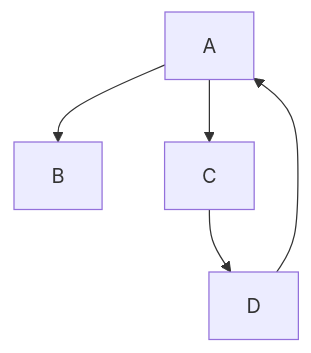
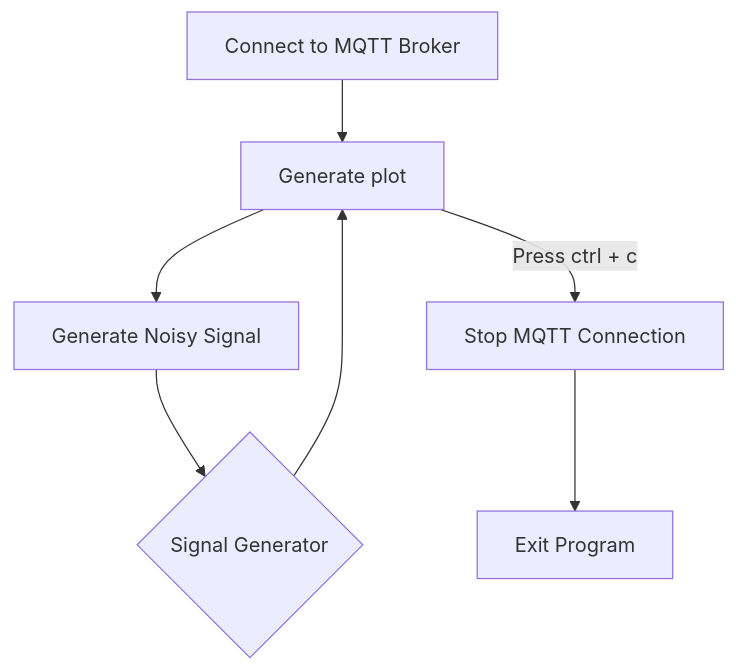
One commit to thovinak/Health-Monitor---Full-Stack-Django changed the diagram in README.md. Above: the diagram before and after it, drawn with Mermaid. The commit also changed other lines of this file and 4 other files, not shown here.

````diff
--- a/README.md
+++ b/README.md
@@ -28,7 +52,10 @@
 ```mermaid
-graph TD;
-  A-->B;
-  A-->C;
-  C-->D;
-  D-->A;
+graph TD
+
+A[Connect to MQTT Broker] --> B[Start For Loop]
+B --> C[Generate Noisy Signal]
+C --> D{Signal Generator}
+D --> B[Generate plot]
+B --> |Press ctrl + c| J[Stop MQTT Connection]
+J --> K[Exit Program]
 ```
````
